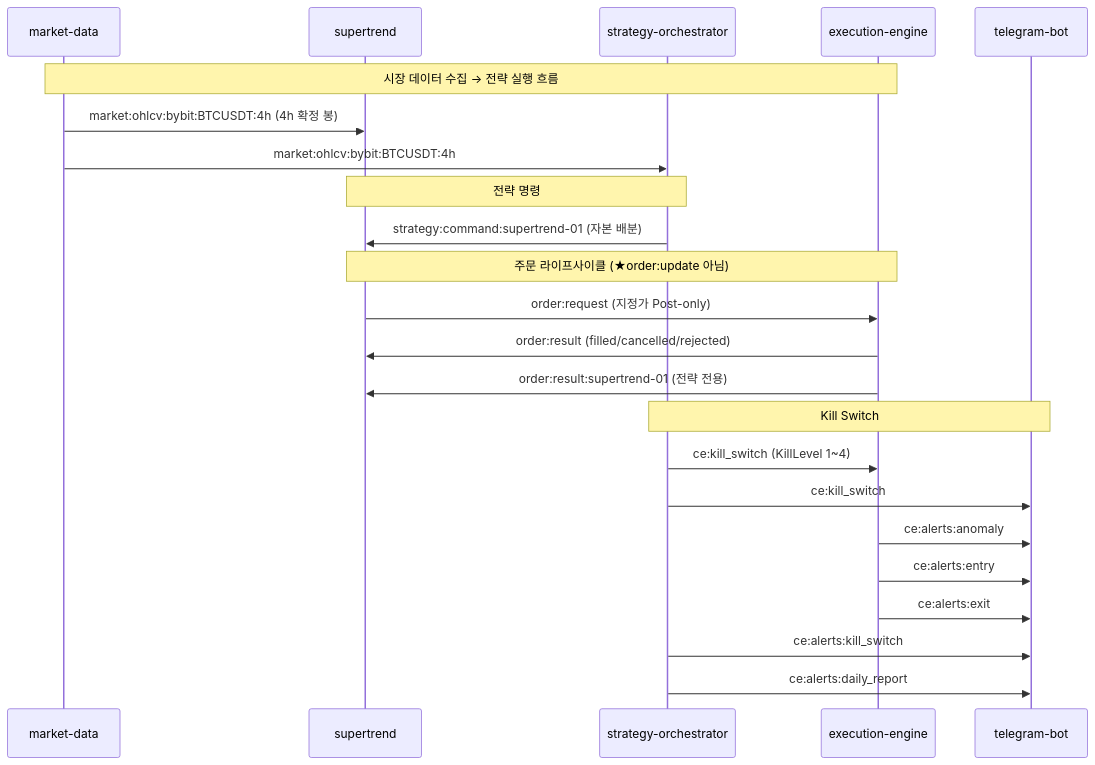
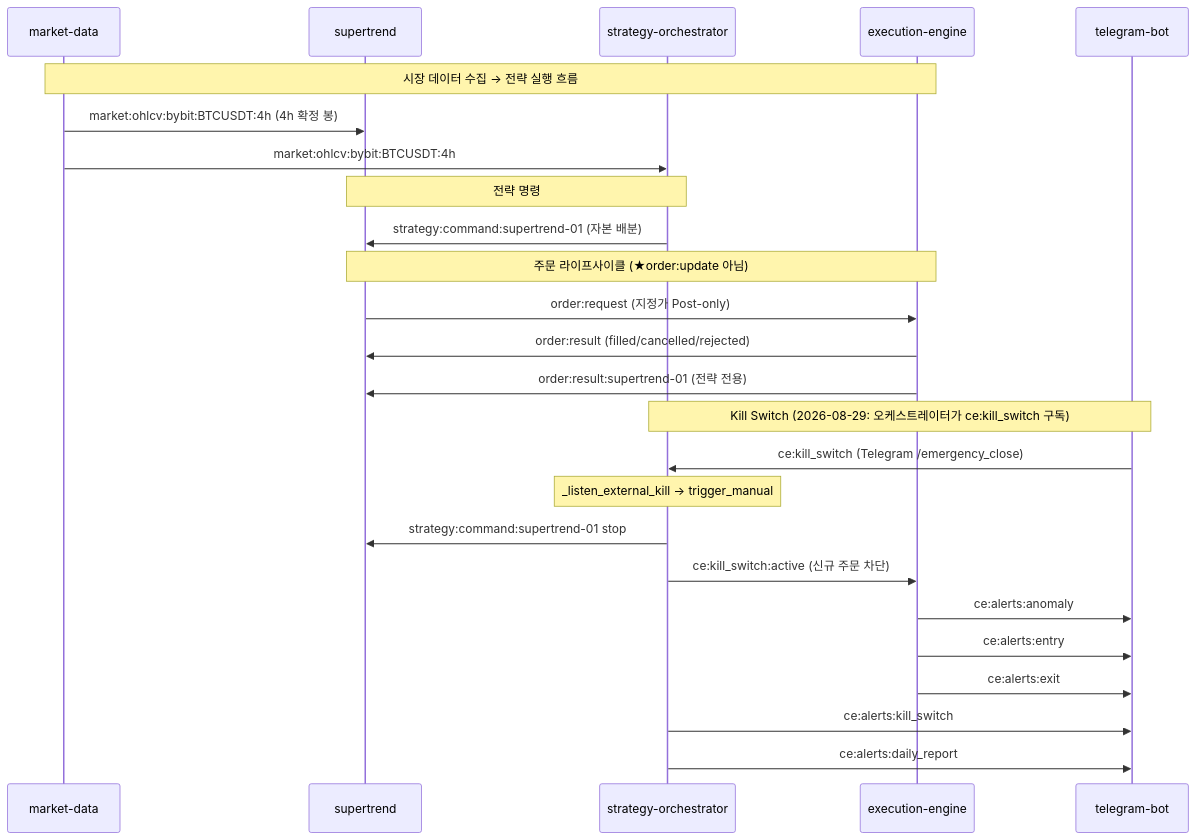
Before and after one commit to Justant-source/Bit-Mania: the diagram in docs/50-api/pubsub-catalog.md, drawn with Mermaid. The commit also changed other lines of this file and 20 other files, not shown here.

````diff
--- a/docs/50-api/pubsub-catalog.md
+++ b/docs/50-api/pubsub-catalog.md
@@ -20,29 +20,31 @@
 ```mermaid
 sequenceDiagram
     participant MD as market-data
     participant ST as supertrend
     participant ORCH as strategy-orchestrator
     participant ENG as execution-engine
     participant TG as telegram-bot
 
     Note over MD,ENG: 시장 데이터 수집 → 전략 실행 흐름
     MD->>ST: market:ohlcv:bybit:BTCUSDT:4h (4h 확정 봉)
     MD->>ORCH: market:ohlcv:bybit:BTCUSDT:4h
 
     Note over ORCH,ST: 전략 명령
     ORCH->>ST: strategy:command:supertrend-01 (자본 배분)
 
     Note over ST,ENG: 주문 라이프사이클 (★order:update 아님)
     ST->>ENG: order:request (지정가 Post-only)
     ENG->>ST: order:result (filled/cancelled/rejected)
     ENG->>ST: order:result:supertrend-01 (전략 전용)
 
-    Note over ORCH,TG: Kill Switch
-    ORCH->>ENG: ce:kill_switch (KillLevel 1~4)
-    ORCH->>TG: ce:kill_switch
+    Note over ORCH,TG: Kill Switch (2026-08-29: 오케스트레이터가 ce:kill_switch 구독)
+    TG->>ORCH: ce:kill_switch (Telegram /emergency_close)
+    Note over ORCH: _listen_external_kill → trigger_manual
+    ORCH->>ST: strategy:command:supertrend-01 stop
+    ORCH->>ENG: ce:kill_switch:active (신규 주문 차단)
     ENG->>TG: ce:alerts:anomaly
     ENG->>TG: ce:alerts:entry
     ENG->>TG: ce:alerts:exit
     ORCH->>TG: ce:alerts:kill_switch
     ORCH->>TG: ce:alerts:daily_report
 ```
````
